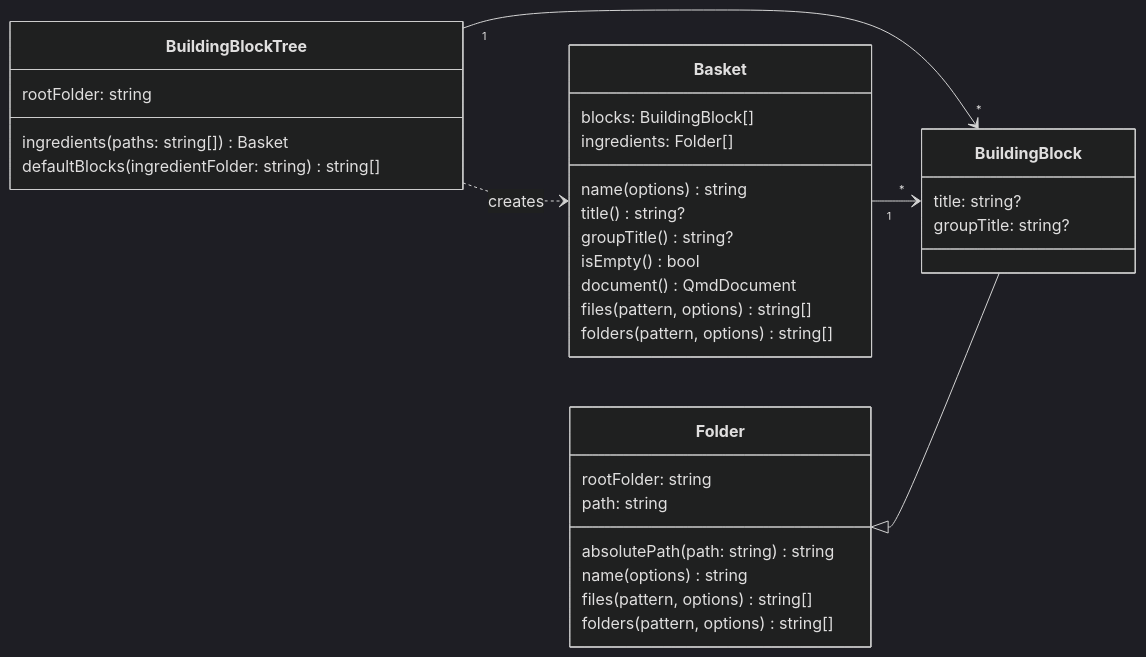
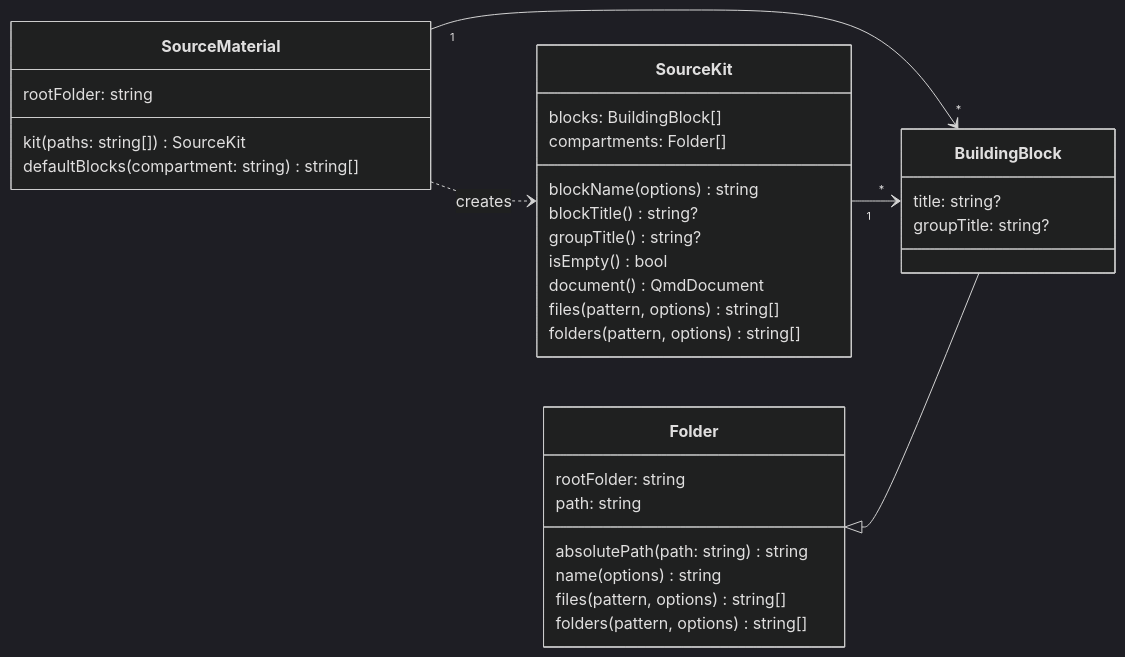
The first of 6 diagrams in DESIGN.md (matthiasbaitsch/quarto-loi-moi), drawn with Mermaid (dark theme) before and after one commit. The commit also changed other lines of this file and 2 other files, not shown here.

First line of the commit message:
SPEC, DESIGN: compartment, shelf, product sheet, settings in two files

````diff
--- a/DESIGN.md
+++ b/DESIGN.md
@@ -28,36 +28,36 @@
 ```mermaid
 classDiagram
   direction LR
-  BuildingBlockTree "1" --> "*" BuildingBlock
-  BuildingBlockTree ..> Basket : creates
-  Basket "1" --> "*" BuildingBlock
+  SourceMaterial "1" --> "*" BuildingBlock
+  SourceMaterial ..> SourceKit : creates
+  SourceKit "1" --> "*" BuildingBlock
   Folder <|-- BuildingBlock
-  class BuildingBlockTree {
+  class SourceMaterial {
     rootFolder: string
-    ingredients(paths: string[]) Basket
-    defaultBlocks(ingredientFolder: string) string[]
+    kit(paths: string[]) SourceKit
+    defaultBlocks(compartment: string) string[]
   }
   class Folder {
     rootFolder: string
     path: string
     absolutePath(path: string) string
     name(options) string
     files(pattern, options) string[]
     folders(pattern, options) string[]
   }
   class BuildingBlock {
     title: string?
     groupTitle: string?
   }
-  class Basket {
+  class SourceKit {
     blocks: BuildingBlock[]
-    ingredients: Folder[]
-    name(options) string
-    title() string?
+    compartments: Folder[]
+    blockName(options) string
+    blockTitle() string?
     groupTitle() string?
     isEmpty() bool
     document() QmdDocument
     files(pattern, options) string[]
     folders(pattern, options) string[]
   }
 ```
````
